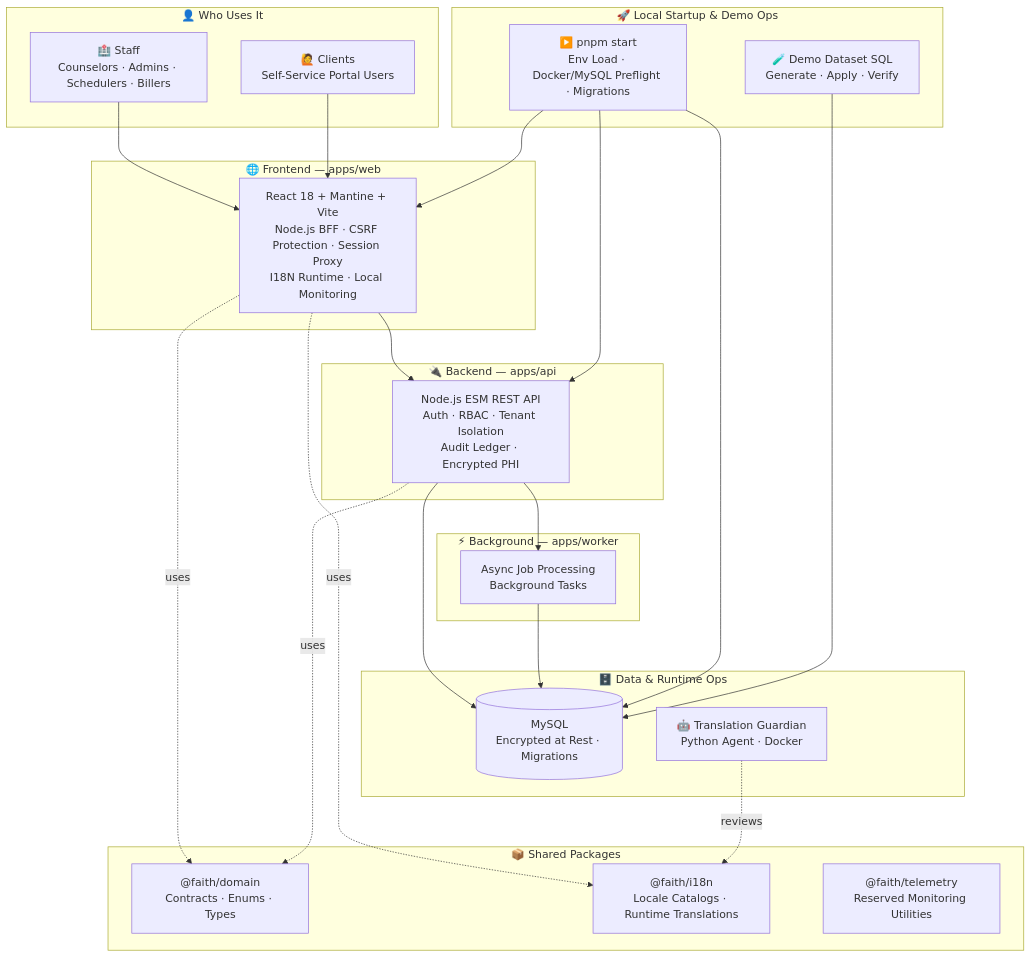
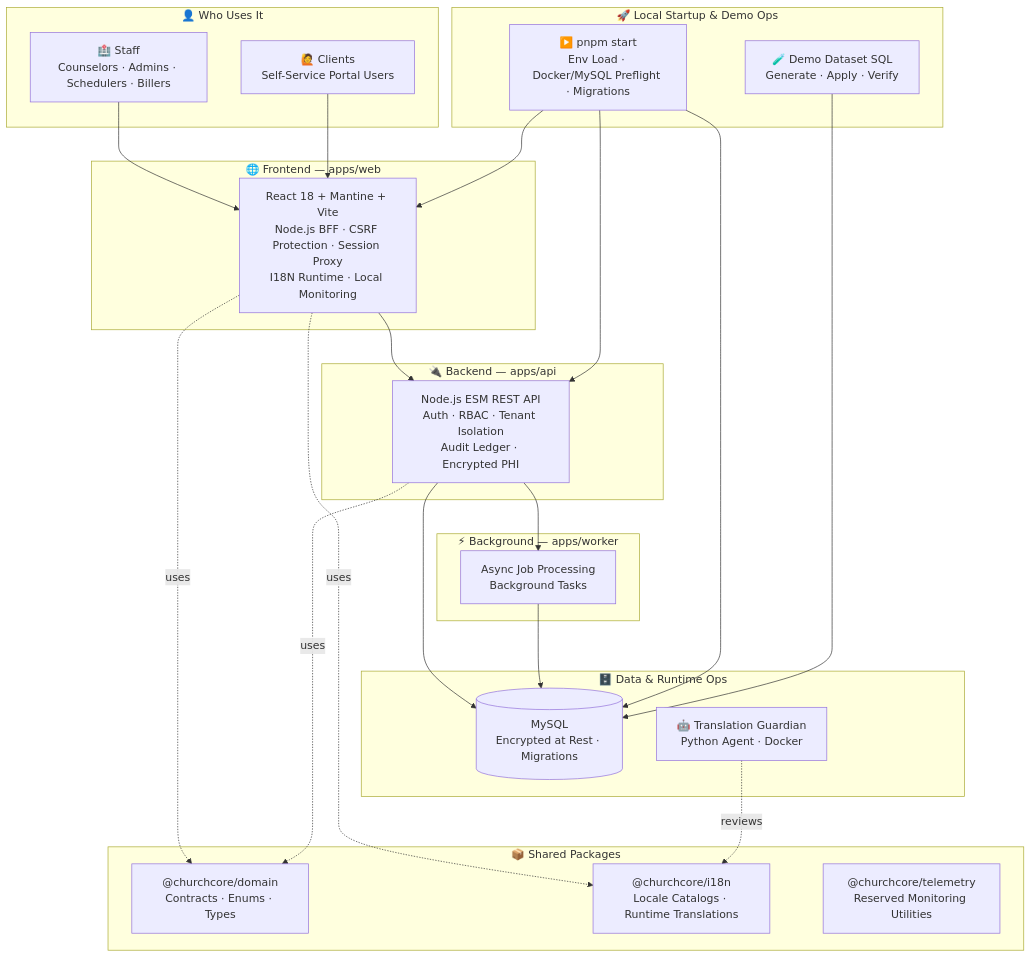
The diagram in README.md (ricardojjulia/ChurchCoreCare), drawn with Mermaid before and after one commit. The commit also changed other lines of this file and 418 other files, not shown here.

````diff
--- a/README.md
+++ b/README.md
@@ -255,52 +255,52 @@
 ```mermaid
 flowchart TB
     subgraph users[" 👤  Who Uses It "]
         STAFF["🏥 Staff\nCounselors · Admins · Schedulers · Billers"]
         CLIENT["🙋 Clients\nSelf-Service Portal Users"]
     end
 
     subgraph frontend[" 🌐  Frontend — apps/web "]
         WEB["React 18 + Mantine + Vite\nNode.js BFF · CSRF Protection · Session Proxy\nI18N Runtime · Local Monitoring"]
     end
 
     subgraph backend[" 🔌  Backend — apps/api "]
         API["Node.js ESM REST API\nAuth · RBAC · Tenant Isolation\nAudit Ledger · Encrypted PHI"]
     end
 
     subgraph worker[" ⚡  Background — apps/worker "]
         WRK["Async Job Processing\nBackground Tasks"]
     end
 
     subgraph packages[" 📦  Shared Packages "]
-        DOM["@faith/domain\nContracts · Enums · Types"]
-        I18N["@faith/i18n\nLocale Catalogs · Runtime Translations"]
-        TEL["@faith/telemetry\nReserved Monitoring Utilities"]
+        DOM["@churchcore/domain\nContracts · Enums · Types"]
+        I18N["@churchcore/i18n\nLocale Catalogs · Runtime Translations"]
+        TEL["@churchcore/telemetry\nReserved Monitoring Utilities"]
     end
 
     subgraph ops[" 🚀  Local Startup & Demo Ops "]
         START["▶️ pnpm start\nEnv Load · Docker/MySQL Preflight · Migrations"]
         DEMO["🧪 Demo Dataset SQL\nGenerate · Apply · Verify"]
     end
 
     subgraph infra[" 🗄️  Data & Runtime Ops "]
         DB[("MySQL\nEncrypted at Rest · Migrations")]
         AGENT["🤖 Translation Guardian\nPython Agent · Docker"]
     end
 
     STAFF --> WEB
     CLIENT --> WEB
     WEB --> API
     API --> DB
     API --> WRK
     WRK --> DB
 
     WEB -. uses .-> I18N
     WEB -. uses .-> DOM
     API -. uses .-> DOM
     START --> WEB
     START --> API
     START --> DB
     DEMO --> DB
 
     AGENT -.->|"reviews"| I18N
 ```
````
